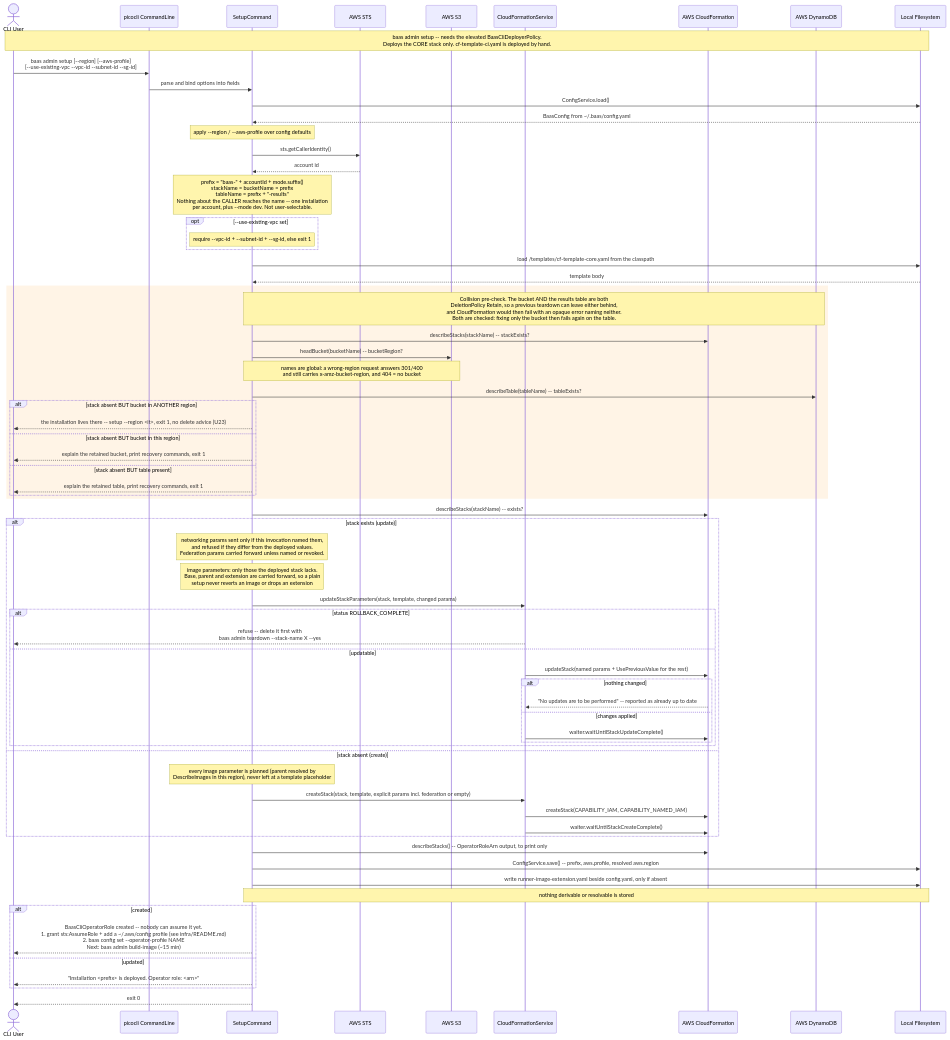
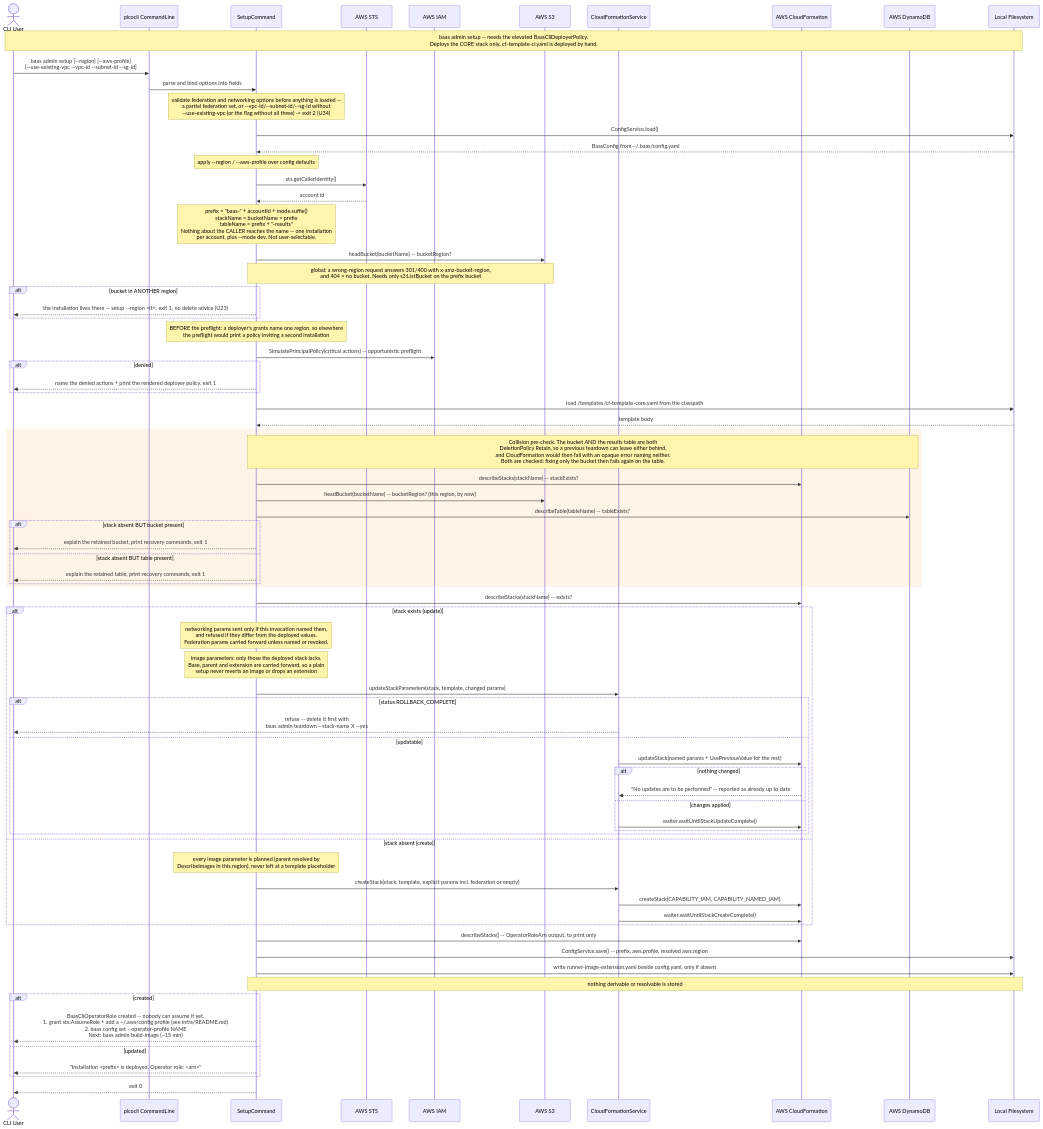
The diagram in docs/diagrams/baas-setup.mmd (wsztajerowski/benchmark-as-a-service), drawn with Mermaid before and after one commit.

Commit message:
docs: show setup's option checks, bucket-region check and preflight in order
The diagram put the --use-existing-vpc check after the STS call and never
showed the preflight. Options are validated before anything loads (U34),
and the bucket's region is checked before the preflight (U23), so a
deployer whose grants name one region is not handed a second region's policy.

Claude-Session: https://claude.ai/code/session_013vN3RLRd63uvbo93ZSUrya

```diff
--- a/docs/diagrams/baas-setup.mmd
+++ b/docs/diagrams/baas-setup.mmd
@@ -1,75 +1,81 @@
 sequenceDiagram
     actor User as CLI User
     participant picocli as picocli CommandLine
     participant SC as SetupCommand
     participant STS as AWS STS
+    participant IAM as AWS IAM
     participant S3 as AWS S3
     participant CFSvc as CloudFormationService
     participant CF as AWS CloudFormation
     participant DDB as AWS DynamoDB
     participant FS as Local Filesystem
 
     Note over User,FS: baas admin setup -- needs the elevated BaasCliDeployerPolicy.<br/>Deploys the CORE stack only. cf-template-ci.yaml is deployed by hand.
     User->>picocli: baas admin setup [--region] [--aws-profile]<br/>[--use-existing-vpc --vpc-id --subnet-id --sg-id]
     picocli->>SC: parse and bind options into fields
+    Note over SC: validate federation and networking options before anything is loaded --<br/>a partial federation set, or --vpc-id/--subnet-id/--sg-id without<br/>--use-existing-vpc (or the flag without all three) -> exit 2 (U34)
     SC->>FS: ConfigService.load()
     FS-->>SC: BaasConfig from ~/.baas/config.yaml
     Note over SC: apply --region / --aws-profile over config defaults
     SC->>STS: sts.getCallerIdentity()
     STS-->>SC: account id
     Note over SC: prefix = "baas-" + accountId + mode.suffix()<br/>stackName = bucketName = prefix<br/>tableName = prefix + "-results"<br/>Nothing about the CALLER reaches the name -- one installation<br/>per account, plus --mode dev. Not user-selectable.
-    opt --use-existing-vpc set
-        Note over SC: require --vpc-id + --subnet-id + --sg-id, else exit 1
+    SC->>S3: headBucket(bucketName) -- bucketRegion?
+    Note over SC,S3: global: a wrong-region request answers 301/400 with x-amz-bucket-region,<br/>and 404 = no bucket. Needs only s3:ListBucket on the prefix bucket
+    alt bucket in ANOTHER region
+        SC-->>User: the installation lives there -- setup --region <it>, exit 1, no delete advice (U23)
+    end
+    Note over SC: BEFORE the preflight: a deployer's grants name one region, so elsewhere<br/>the preflight would print a policy inviting a second installation
+    SC->>IAM: SimulatePrincipalPolicy(critical actions) -- opportunistic preflight
+    alt denied
+        SC-->>User: name the denied actions + print the rendered deployer policy, exit 1
     end
     SC->>FS: load /templates/cf-template-core.yaml from the classpath
     FS-->>SC: template body
 
     rect rgb(255, 244, 230)
         Note over SC,DDB: Collision pre-check. The bucket AND the results table are both<br/>DeletionPolicy Retain, so a previous teardown can leave either behind,<br/>and CloudFormation would then fail with an opaque error naming neither.<br/>Both are checked: fixing only the bucket then fails again on the table.
         SC->>CF: describeStacks(stackName) -- stackExists?
-        SC->>S3: headBucket(bucketName) -- bucketRegion?
-        Note over SC,S3: names are global: a wrong-region request answers 301/400<br/>and still carries x-amz-bucket-region, and 404 = no bucket
+        SC->>S3: headBucket(bucketName) -- bucketRegion? (this region, by now)
         SC->>DDB: describeTable(tableName) -- tableExists?
-        alt stack absent BUT bucket in ANOTHER region
-            SC-->>User: the installation lives there -- setup --region <it>, exit 1, no delete advice (U23)
-        else stack absent BUT bucket in this region
+        alt stack absent BUT bucket present
             SC-->>User: explain the retained bucket, print recovery commands, exit 1
         else stack absent BUT table present
             SC-->>User: explain the retained table, print recovery commands, exit 1
         end
     end
 
     SC->>CF: describeStacks(stackName) -- exists?
     alt stack exists (update)
         Note over SC: networking params sent only if this invocation named them,<br/>and refused if they differ from the deployed values.<br/>Federation params carried forward unless named or revoked.
         Note over SC: image parameters: only those the deployed stack lacks.<br/>Base, parent and extension are carried forward, so a plain<br/>setup never reverts an image or drops an extension
         SC->>CFSvc: updateStackParameters(stack, template, changed params)
         alt status ROLLBACK_COMPLETE
             CFSvc-->>User: refuse -- delete it first with<br/>baas admin teardown --stack-name X --yes
         else updatable
             CFSvc->>CF: updateStack(named params + UsePreviousValue for the rest)
             alt nothing changed
                 CF-->>CFSvc: "No updates are to be performed" -- reported as already up to date
             else changes applied
                 CFSvc->>CF: waiter.waitUntilStackUpdateComplete()
             end
         end
     else stack absent (create)
         Note over SC: every image parameter is planned (parent resolved by<br/>DescribeImages in this region), never left at a template placeholder
         SC->>CFSvc: createStack(stack, template, explicit params incl. federation or empty)
         CFSvc->>CF: createStack(CAPABILITY_IAM, CAPABILITY_NAMED_IAM)
         CFSvc->>CF: waiter.waitUntilStackCreateComplete()
     end
 
     SC->>CF: describeStacks() -- OperatorRoleArn output, to print only
     SC->>FS: ConfigService.save() -- prefix, aws.profile, resolved aws.region
     SC->>FS: write runner-image-extension.yaml beside config.yaml, only if absent
     Note over SC,FS: nothing derivable or resolvable is stored
 
     alt created
         SC-->>User: BaasCliOperatorRole created -- nobody can assume it yet.<br/>1. grant sts:AssumeRole + add a ~/.aws/config profile (see infra/README.md)<br/>2. baas config set --operator-profile NAME<br/>Next: baas admin build-image (~15 min)
     else updated
         SC-->>User: "Installation <prefix> is deployed. Operator role: <arn>"
     end
 
     SC-->>User: exit 0
```
